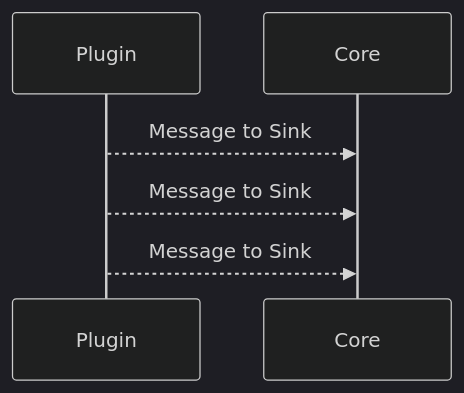
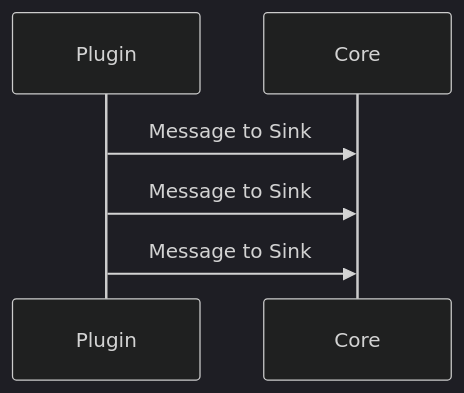
The third of 8 diagrams in README.md (orbitalis-framework/py-orbitalis), drawn with Mermaid (dark theme) before and after one commit. The commit also changed other lines of this file, not shown here.

````diff
--- a/README.md
+++ b/README.md
@@ -464,6 +468,6 @@
 ```mermaid
 sequenceDiagram
-    Plugin-->>Core: Message to Sink
-    Plugin-->>Core: Message to Sink
-    Plugin-->>Core: Message to Sink
+    Plugin->>Core: Message to Sink
+    Plugin->>Core: Message to Sink
+    Plugin->>Core: Message to Sink
 ```
````
